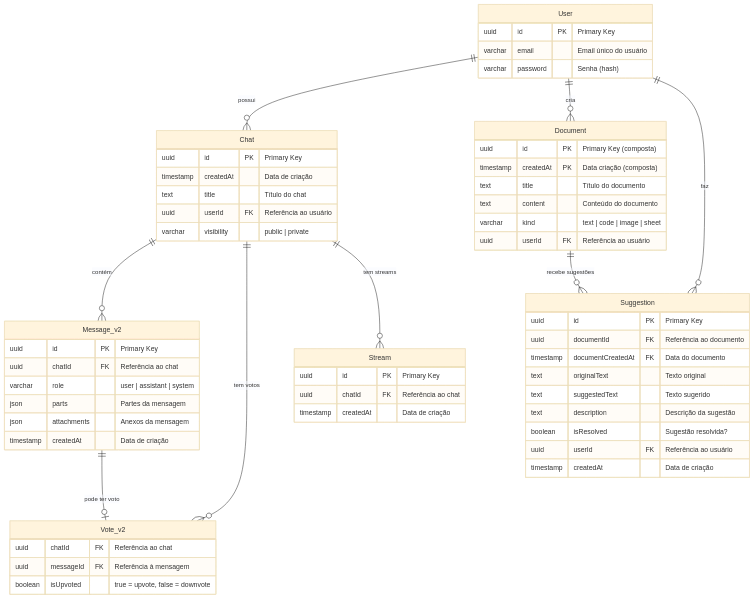
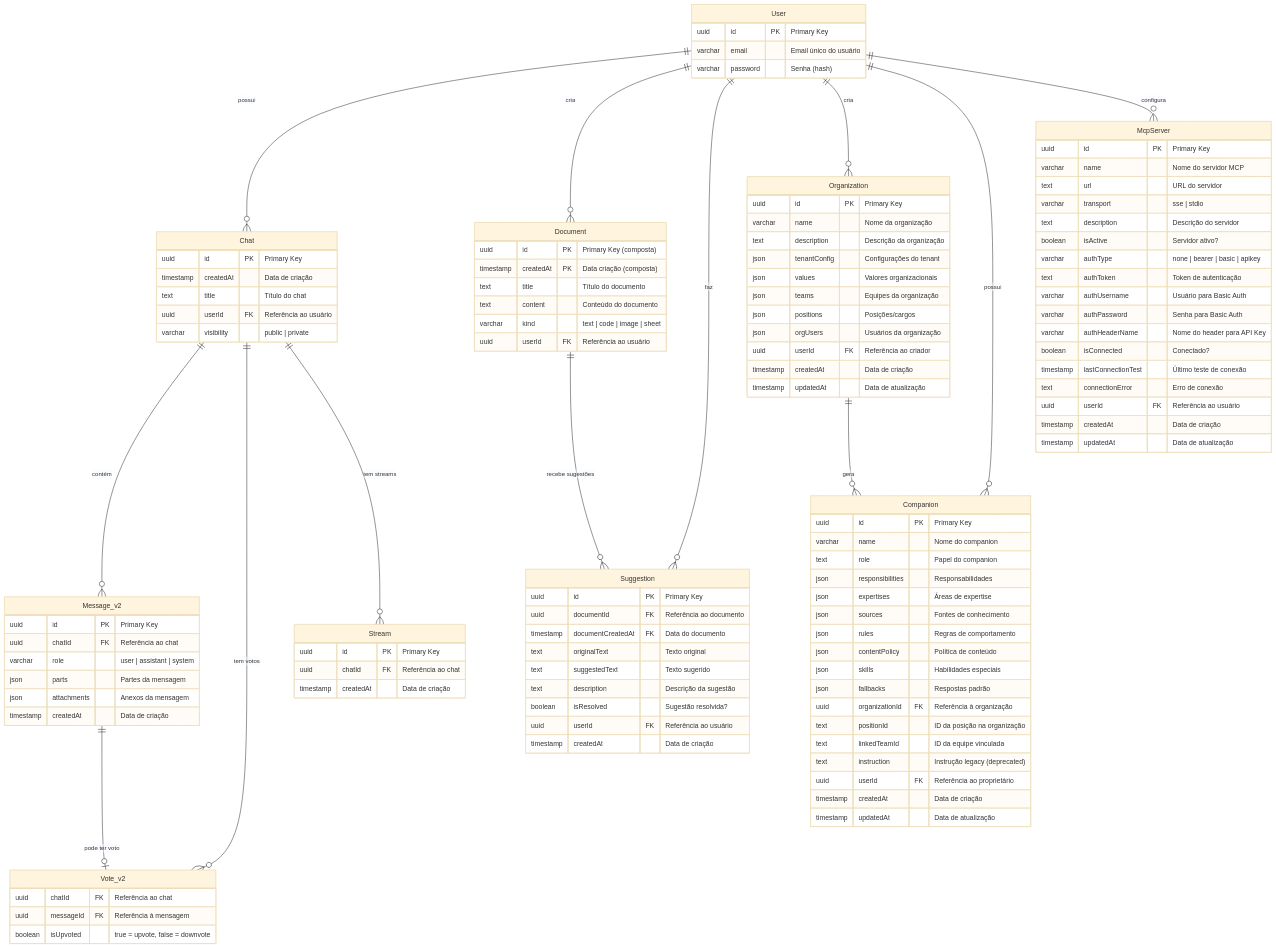
One commit to humanaLabs/humana-companions changed the diagram in docs/diagramas/modelo-dados.md. Above: the diagram before and after it, drawn with Mermaid (base theme). The commit also changed other lines of this file and 5 other files, not shown here.

````diff
--- a/docs/diagramas/modelo-dados.md
+++ b/docs/diagramas/modelo-dados.md
@@ -64,10 +64,67 @@
         timestamp createdAt "Data de criação"
     }
     
+    Organization {
+        uuid id PK "Primary Key"
+        varchar name "Nome da organização"
+        text description "Descrição da organização"
+        json tenantConfig "Configurações do tenant"
+        json values "Valores organizacionais"
+        json teams "Equipes da organização"
+        json positions "Posições/cargos"
+        json orgUsers "Usuários da organização"
+        uuid userId FK "Referência ao criador"
+        timestamp createdAt "Data de criação"
+        timestamp updatedAt "Data de atualização"
+    }
+    
+    Companion {
+        uuid id PK "Primary Key"
+        varchar name "Nome do companion"
+        text role "Papel do companion"
+        json responsibilities "Responsabilidades"
+        json expertises "Áreas de expertise"
+        json sources "Fontes de conhecimento"
+        json rules "Regras de comportamento"
+        json contentPolicy "Política de conteúdo"
+        json skills "Habilidades especiais"
+        json fallbacks "Respostas padrão"
+        uuid organizationId FK "Referência à organização"
+        text positionId "ID da posição na organização"
+        text linkedTeamId "ID da equipe vinculada"
+        text instruction "Instrução legacy (deprecated)"
+        uuid userId FK "Referência ao proprietário"
+        timestamp createdAt "Data de criação"
+        timestamp updatedAt "Data de atualização"
+    }
+    
+    McpServer {
+        uuid id PK "Primary Key"
+        varchar name "Nome do servidor MCP"
+        text url "URL do servidor"
+        varchar transport "sse | stdio"
+        text description "Descrição do servidor"
+        boolean isActive "Servidor ativo?"
+        varchar authType "none | bearer | basic | apikey"
+        text authToken "Token de autenticação"
+        varchar authUsername "Usuário para Basic Auth"
+        varchar authPassword "Senha para Basic Auth"
+        varchar authHeaderName "Nome do header para API Key"
+        boolean isConnected "Conectado?"
+        timestamp lastConnectionTest "Último teste de conexão"
+        text connectionError "Erro de conexão"
+        uuid userId FK "Referência ao usuário"
+        timestamp createdAt "Data de criação"
+        timestamp updatedAt "Data de atualização"
+    }
+    
     %% Relacionamentos
     User ||--o{ Chat : "possui"
     User ||--o{ Document : "cria"
     User ||--o{ Suggestion : "faz"
+    User ||--o{ Organization : "cria"
+    User ||--o{ Companion : "possui"
+    User ||--o{ McpServer : "configura"
     
     Chat ||--o{ Message_v2 : "contém"
     Chat ||--o{ Vote_v2 : "tem votos"
@@ -76,4 +133,6 @@
     Message_v2 ||--o| Vote_v2 : "pode ter voto"
     
     Document ||--o{ Suggestion : "recebe sugestões"
+    
+    Organization ||--o{ Companion : "gera"
 ```
````
